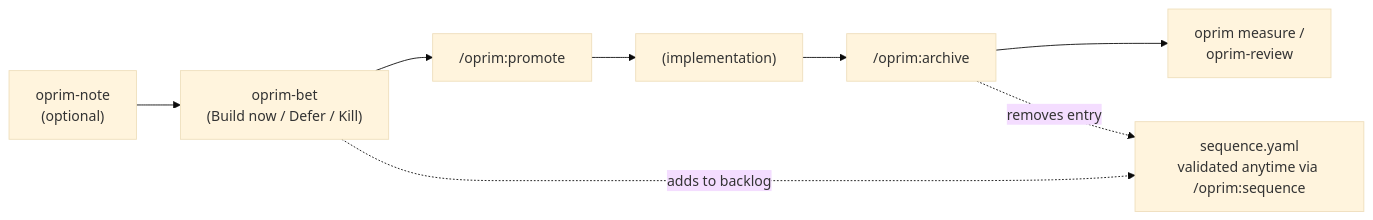
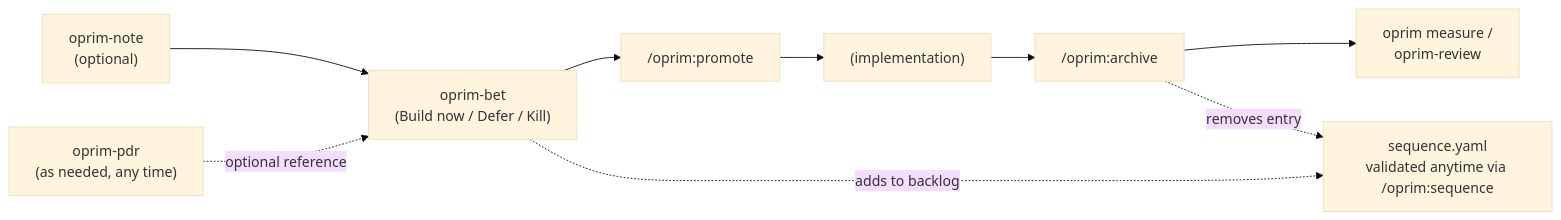
Before and after one commit to eshraw/open-product-primer: the diagram in WORKFLOW.md, drawn with Mermaid (base theme). The commit also changed other lines of this file, not shown here.

````diff
--- a/WORKFLOW.md
+++ b/WORKFLOW.md
@@ -5,11 +5,12 @@
 ```mermaid
 flowchart LR
     Note["oprim-note<br/>(optional)"] --> Bet["oprim-bet<br/>(Build now / Defer / Kill)"]
     Bet --> Promote["/oprim:promote"]
     Promote --> Build["(implementation)"]
     Build --> Archive["/oprim:archive"]
     Archive --> Measure["oprim measure /<br/>oprim-review"]
 
     Bet -.->|adds to backlog| Board["sequence.yaml<br/>validated anytime via /oprim:sequence"]
     Archive -.->|removes entry| Board
+    PDR["oprim-pdr<br/>(as needed, any time)"] -.->|optional reference| Bet
 ```
````
